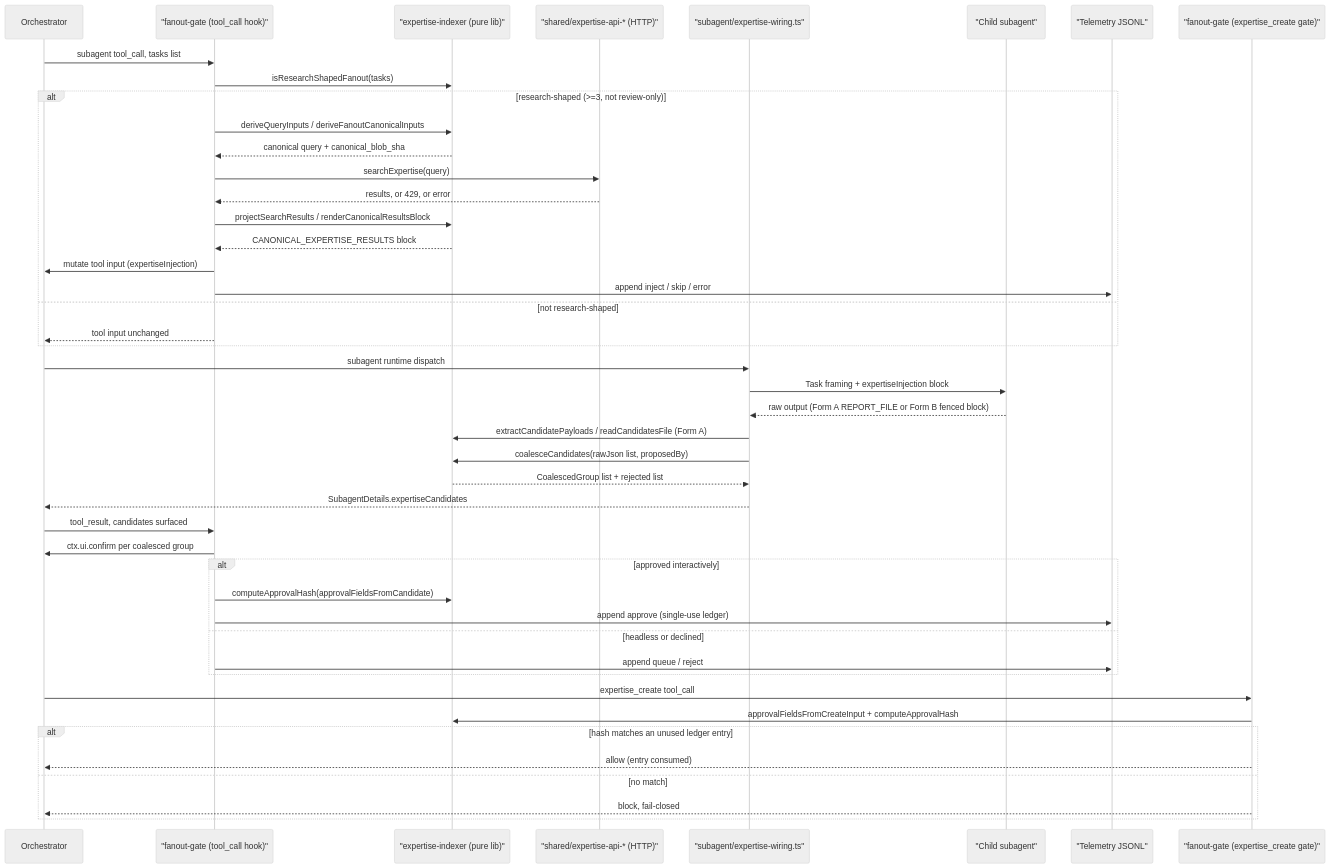
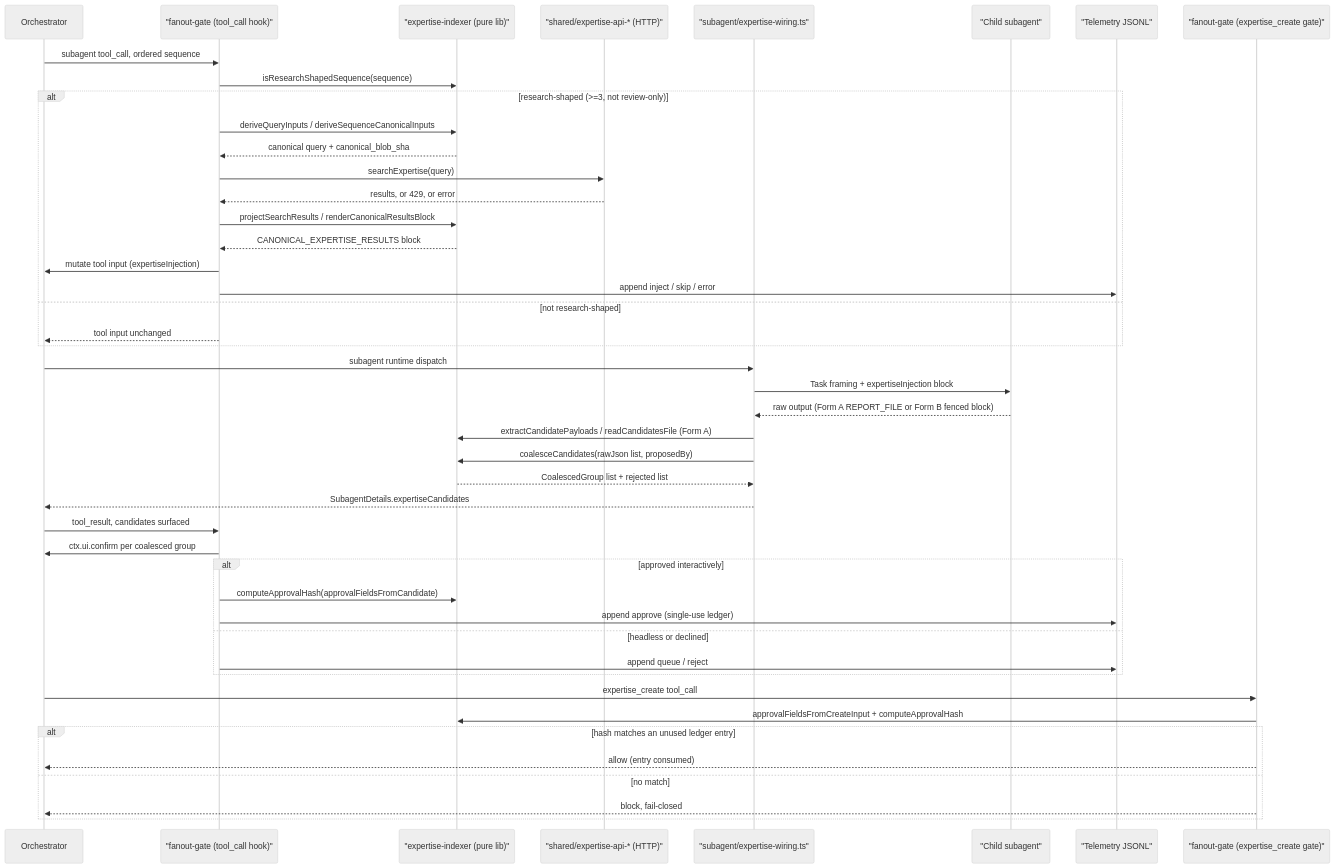
Before and after one commit to psmfd/pi-config: the first of 3 diagrams in agent/extensions/expertise-indexer/README.md, drawn with Mermaid (neutral theme). The commit also changed other lines of this file and 92 other files, not shown here.

````diff
--- a/agent/extensions/expertise-indexer/README.md
+++ b/agent/extensions/expertise-indexer/README.md
@@ -14,48 +14,48 @@
 ```mermaid
 sequenceDiagram
     participant O as Orchestrator
     participant Gate as "fanout-gate (tool_call hook)"
     participant Lib as "expertise-indexer (pure lib)"
     participant API as "shared/expertise-api-* (HTTP)"
     participant Sub as "subagent/expertise-wiring.ts"
     participant Child as "Child subagent"
     participant Tel as "Telemetry JSONL"
     participant CGate as "fanout-gate (expertise_create gate)"
 
-    O->>Gate: subagent tool_call, tasks list
-    Gate->>Lib: isResearchShapedFanout(tasks)
+    O->>Gate: subagent tool_call, ordered sequence
+    Gate->>Lib: isResearchShapedSequence(sequence)
     alt research-shaped (>=3, not review-only)
-        Gate->>Lib: deriveQueryInputs / deriveFanoutCanonicalInputs
+        Gate->>Lib: deriveQueryInputs / deriveSequenceCanonicalInputs
         Lib-->>Gate: canonical query + canonical_blob_sha
         Gate->>API: searchExpertise(query)
         API-->>Gate: results, or 429, or error
         Gate->>Lib: projectSearchResults / renderCanonicalResultsBlock
         Lib-->>Gate: CANONICAL_EXPERTISE_RESULTS block
         Gate->>O: mutate tool input (expertiseInjection)
         Gate->>Tel: append inject / skip / error
     else not research-shaped
         Gate-->>O: tool input unchanged
     end
     O->>Sub: subagent runtime dispatch
     Sub->>Child: Task framing + expertiseInjection block
     Child-->>Sub: raw output (Form A REPORT_FILE or Form B fenced block)
     Sub->>Lib: extractCandidatePayloads / readCandidatesFile (Form A)
     Sub->>Lib: coalesceCandidates(rawJson list, proposedBy)
     Lib-->>Sub: CoalescedGroup list + rejected list
     Sub-->>O: SubagentDetails.expertiseCandidates
     O->>Gate: tool_result, candidates surfaced
     Gate->>O: ctx.ui.confirm per coalesced group
     alt approved interactively
         Gate->>Lib: computeApprovalHash(approvalFieldsFromCandidate)
         Gate->>Tel: append approve (single-use ledger)
     else headless or declined
         Gate->>Tel: append queue / reject
     end
     O->>CGate: expertise_create tool_call
     CGate->>Lib: approvalFieldsFromCreateInput + computeApprovalHash
     alt hash matches an unused ledger entry
         CGate-->>O: allow (entry consumed)
     else no match
         CGate-->>O: block, fail-closed
     end
 ```
````
